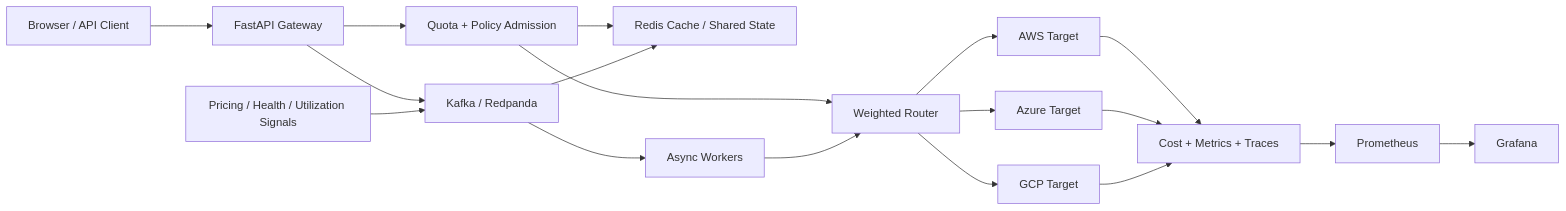
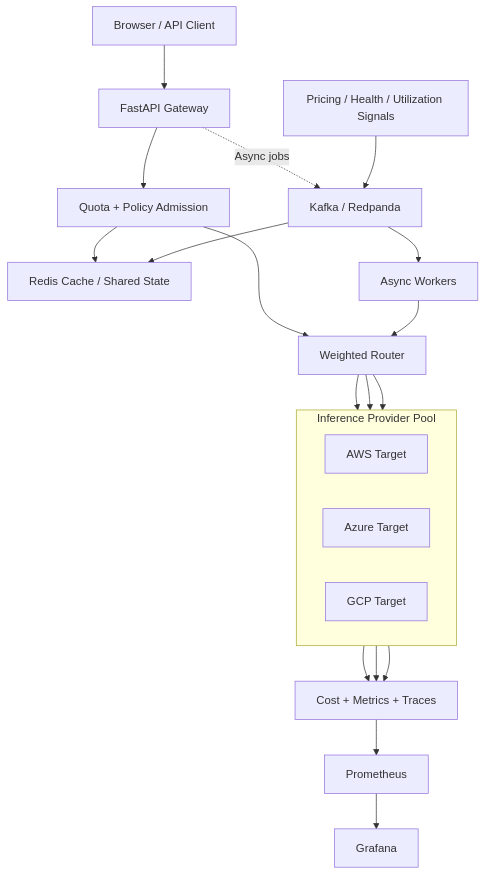
Before and after one commit to Rishav4477/cost-aware-inference: the diagram in README.md, drawn with Mermaid. The commit also changed other lines of this file, not shown here.

Commit message:
Make README architecture vertical and easier to read

````diff
--- a/README.md
+++ b/README.md
@@ -72,26 +69,37 @@
 ```mermaid
-flowchart LR
-    U[Browser / API Client] --> G[FastAPI Gateway]
+flowchart TB
+    U[Browser / API Client]
+    G[FastAPI Gateway]
+    Q[Quota + Policy Admission]
+    C[Redis Cache / Shared State]
+    R[Weighted Router]
 
-    G --> Q[Quota + Policy Admission]
-    Q --> C[Redis Cache / Shared State]
-    Q --> R[Weighted Router]
+    U --> G
+    G --> Q
+    Q --> C
+    Q --> R
 
-    R --> A[AWS Target]
-    R --> Z[Azure Target]
-    R --> X[GCP Target]
+    subgraph PROVIDERS[Inference Provider Pool]
+        direction LR
+        A[AWS Target]
+        Z[Azure Target]
+        X[GCP Target]
+    end
+
+    R --> A
+    R --> Z
+    R --> X
 
     A --> O[Cost + Metrics + Traces]
     Z --> O
     X --> O
 
-    G --> K[Kafka / Redpanda]
+    O --> P[Prometheus]
+    P --> D[Grafana]
+
+    G -. Async jobs .-> K[Kafka / Redpanda]
+    S[Pricing / Health / Utilization Signals] --> K
     K --> W[Async Workers]
     W --> R
-
-    S[Pricing / Health / Utilization Signals] --> K
     K --> C
-
-    O --> P[Prometheus]
-    P --> D[Grafana]
 ```
````
